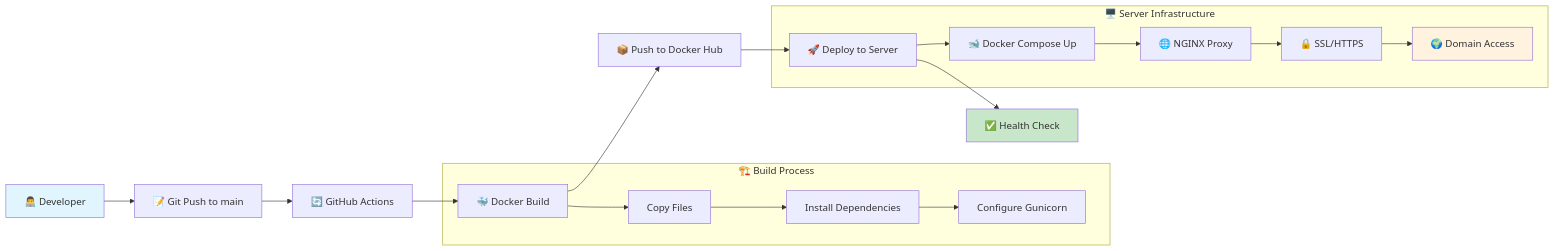
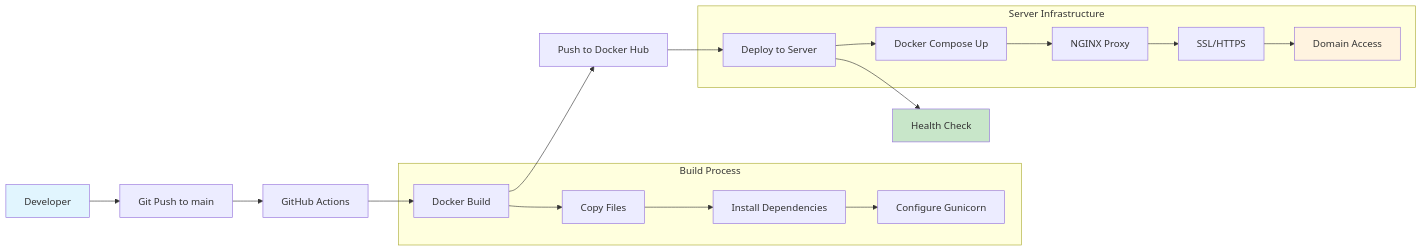
Before and after one commit to Burger-Byte/Portfolio-Web: the first of 2 diagrams in README.md, drawn with Mermaid. The commit also changed other lines of this file and 9 other files, not shown here.

````diff
--- a/README.md
+++ b/README.md
@@ -27,26 +27,26 @@
 ```mermaid
 flowchart LR
-    A[👨‍💻 Developer] --> B[📝 Git Push to main]
-    B --> C[🔄 GitHub Actions]
-    C --> D[🐳 Docker Build]
-    D --> E[📦 Push to Docker Hub]
-    E --> F[🚀 Deploy to Server]
-    F --> G[✅ Health Check]
+    A[Developer] --> B[Git Push to main]
+    B --> C[GitHub Actions]
+    C --> D[Docker Build]
+    D --> E[Push to Docker Hub]
+    E --> F[Deploy to Server]
+    F --> G[Health Check]
     
-    subgraph "🏗️ Build Process"
+    subgraph "Build Process"
         D --> D1[Copy Files]
         D1 --> D2[Install Dependencies]
         D2 --> D3[Configure Gunicorn]
     end
     
-    subgraph "🖥️ Server Infrastructure"
-        F --> F1[🐋 Docker Compose Up]
-        F1 --> F2[🌐 NGINX Proxy]
-        F2 --> F3[🔒 SSL/HTTPS]
-        F3 --> F4[🌍 Domain Access]
+    subgraph "Server Infrastructure"
+        F --> F1[Docker Compose Up]
+        F1 --> F2[NGINX Proxy]
+        F2 --> F3[SSL/HTTPS]
+        F3 --> F4[Domain Access]
     end
     
     style A fill:#e1f5fe
     style G fill:#c8e6c9
     style F4 fill:#fff3e0
 ```
````
